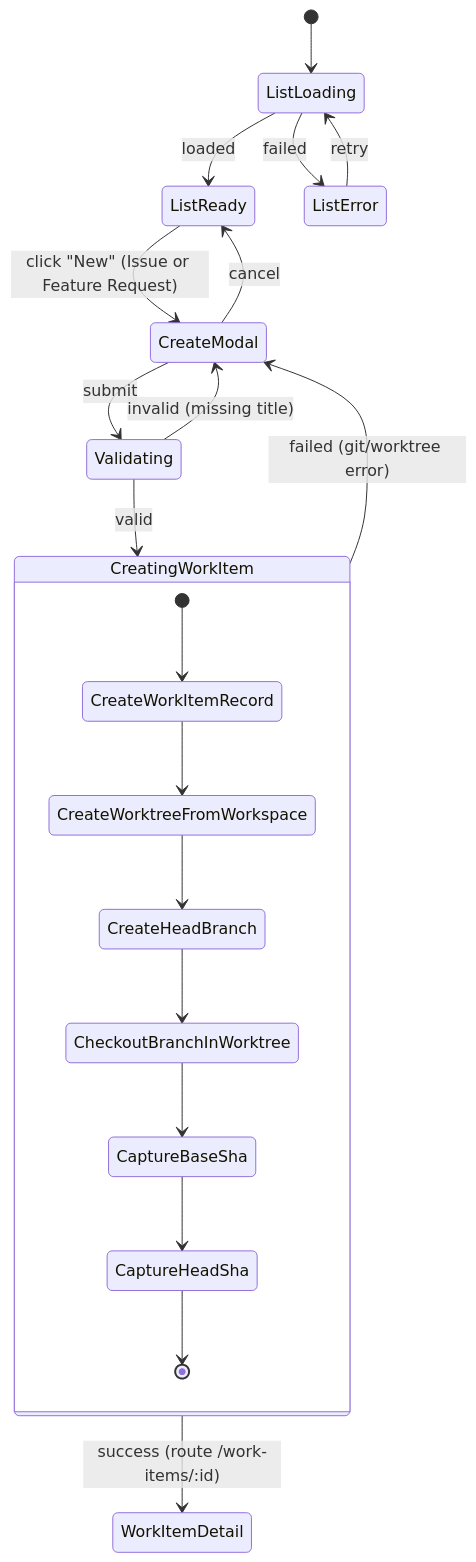
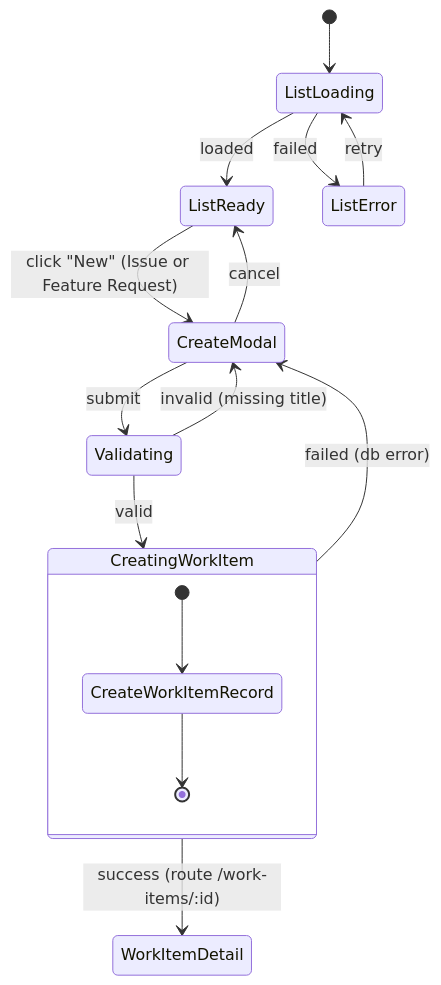
One commit to LaurenceLong/git-vibe changed the fourth of 7 diagrams in FRONTEND_UML.md. Above: the diagram before and after it, drawn with Mermaid. The commit also changed other lines of this file and 22 other files, not shown here.

````diff
--- a/FRONTEND_UML.md
+++ b/FRONTEND_UML.md
@@ -95,27 +104,22 @@
 ```mermaid
 stateDiagram-v2
   [*] --> ListLoading
   ListLoading --> ListReady: loaded
   ListLoading --> ListError: failed
   ListError --> ListLoading: retry
 
   ListReady --> CreateModal: click "New" (Issue or Feature Request)
   CreateModal --> ListReady: cancel
 
   CreateModal --> Validating: submit
   Validating --> CreateModal: invalid (missing title)
   Validating --> CreatingWorkItem: valid
 
   state CreatingWorkItem {
     [*] --> CreateWorkItemRecord
-    CreateWorkItemRecord --> CreateWorktreeFromWorkspace
-    CreateWorktreeFromWorkspace --> CreateHeadBranch
-    CreateHeadBranch --> CheckoutBranchInWorktree
-    CheckoutBranchInWorktree --> CaptureBaseSha
-    CaptureBaseSha --> CaptureHeadSha
-    CaptureHeadSha --> [*]
+    CreateWorkItemRecord --> [*]
   }
 
-  CreatingWorkItem --> CreateModal: failed (git/worktree error)
+  CreatingWorkItem --> CreateModal: failed (db error)
   CreatingWorkItem --> WorkItemDetail: success (route /work-items/:id)
 ```
````
